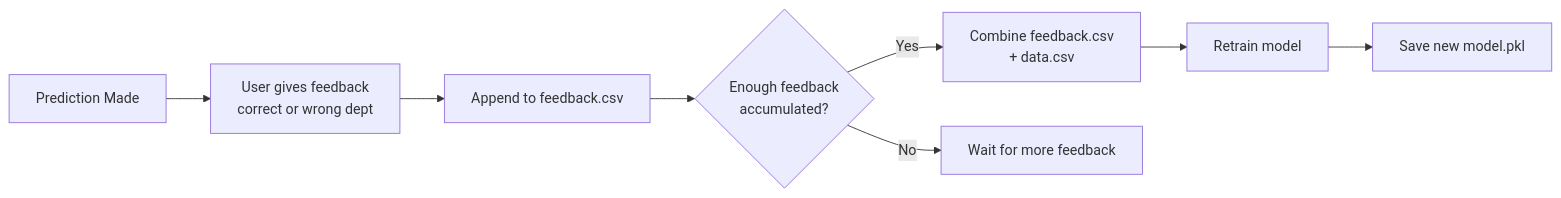
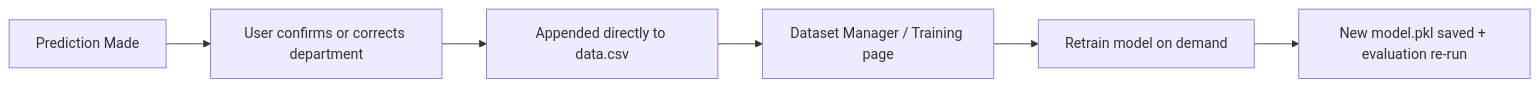
The sixth of 6 diagrams in README.md (AyusmanNanda/patient-router), drawn with Mermaid before and after one commit. The commit also changed other lines of this file, not shown here.

````diff
--- a/README.md
+++ b/README.md
@@ -106,10 +118,8 @@
 ```mermaid
 flowchart LR
-    A[Prediction Made] --> B[User gives feedback\ncorrect or wrong dept]
-    B --> C[Append to feedback.csv]
-    C --> D{Enough feedback\naccumulated?}
-    D -- Yes --> E[Combine feedback.csv\n+ data.csv]
-    E --> F[Retrain model]
-    F --> G[Save new model.pkl]
-    D -- No --> H[Wait for more feedback]
+    A[Prediction Made] --> B[User confirms or corrects department]
+    B --> C[Appended directly to data.csv]
+    C --> D[Dataset Manager / Training page]
+    D --> E[Retrain model on demand]
+    E --> F[New model.pkl saved + evaluation re-run]
 ```
````
